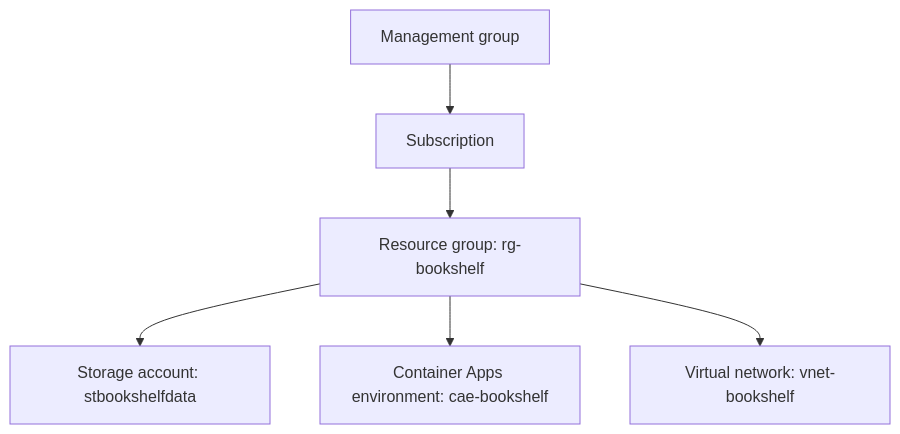
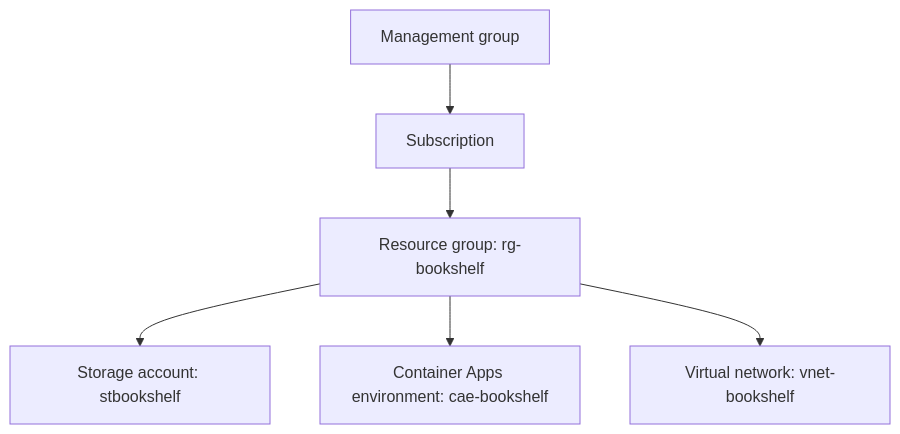
Before and after one commit to albertoirurueta/docs: the diagram in modules/ROOT/pages/cloud/azure/resource-organization.adoc, drawn with Mermaid. The commit also changed other lines of this file and 26 other files, not shown here.

```diff
--- a/modules/ROOT/pages/cloud/azure/resource-organization.adoc
+++ b/modules/ROOT/pages/cloud/azure/resource-organization.adoc
@@ -31,9 +31,9 @@
 [mermaid]
 ....
 graph TD
     MG[Management group] --> SUB[Subscription]
     SUB --> RG["Resource group: rg-bookshelf"]
-    RG --> ST["Storage account: stbookshelfdata"]
+    RG --> ST["Storage account: stbookshelf"]
     RG --> ACA["Container Apps environment: cae-bookshelf"]
     RG --> VNET["Virtual network: vnet-bookshelf"]
 ....
```
